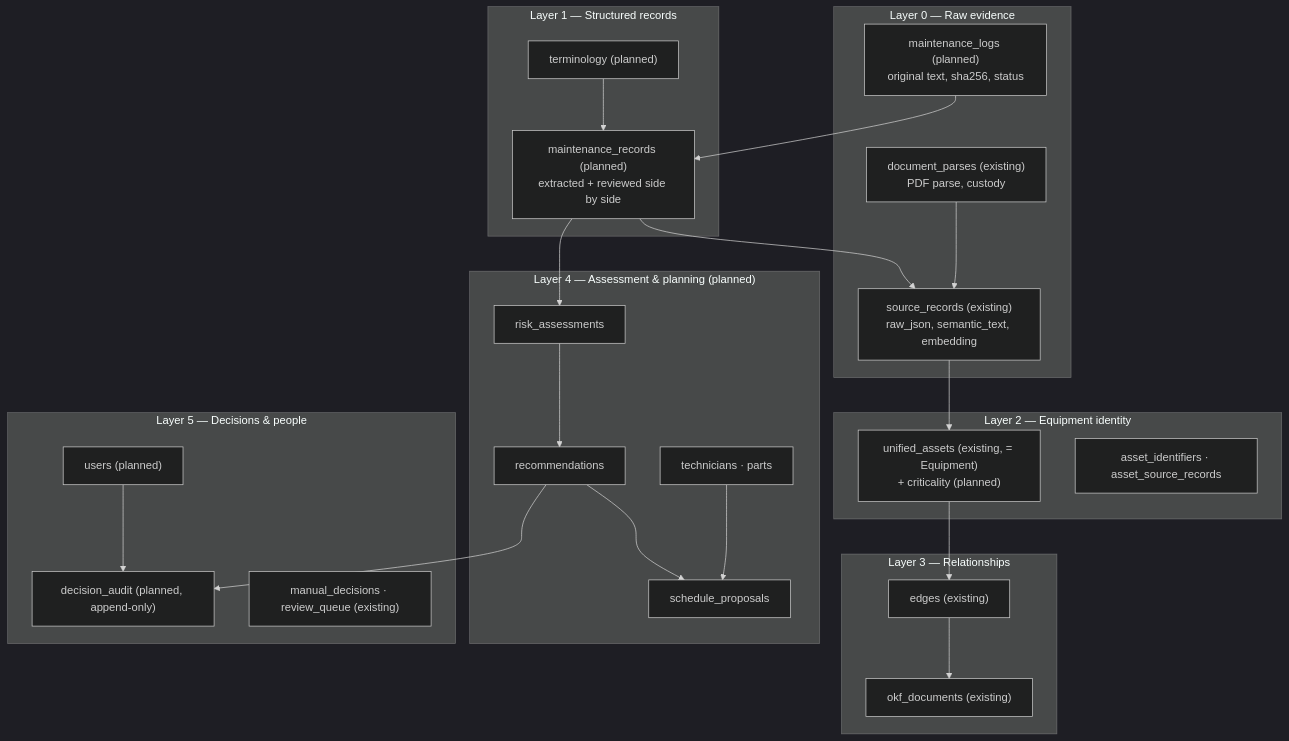
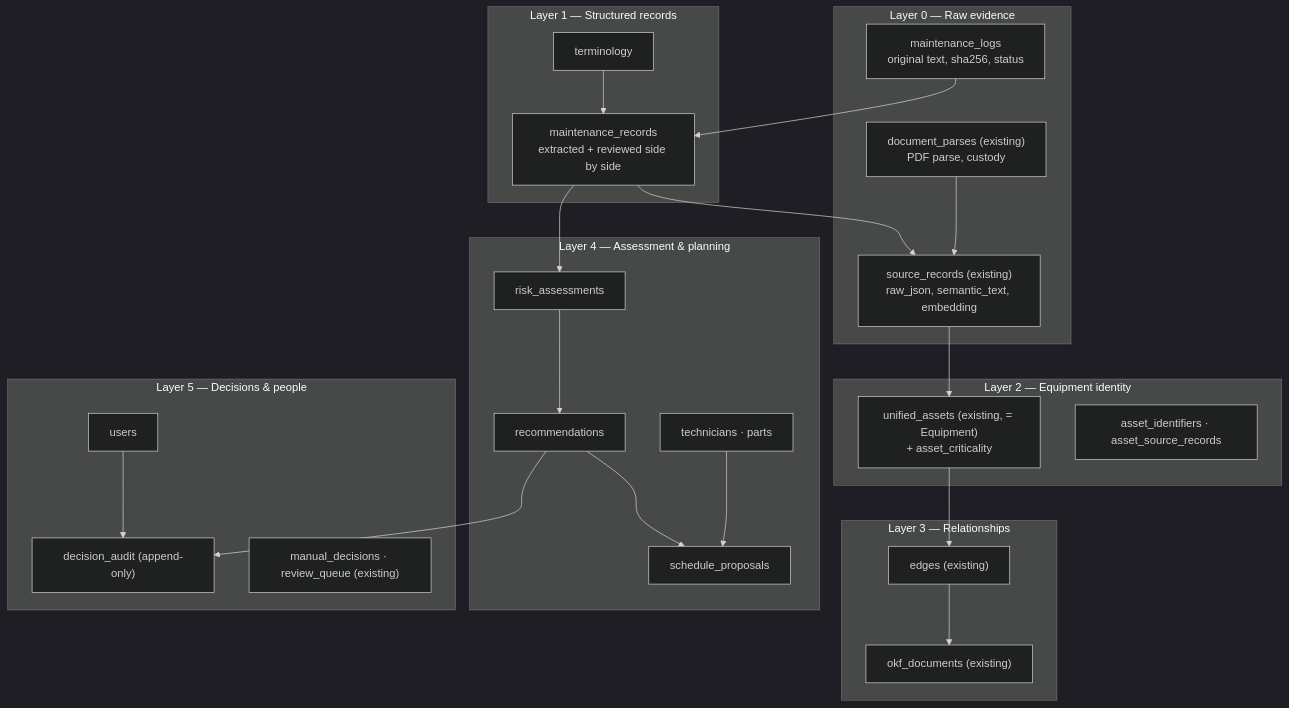
The first of 3 diagrams in docs/memory.md (Kush-Saharan/atlogs), drawn with Mermaid (dark theme) before and after one commit. The commit also changed other lines of this file and 6 other files, not shown here.

Commit message:
test: end-to-end spec §6 P-104 flow; docs and README match the code (M.14)

````diff
--- a/docs/memory.md
+++ b/docs/memory.md
@@ -13,41 +13,41 @@
 ```mermaid
 flowchart TB
     subgraph L0 ["Layer 0 — Raw evidence"]
-        ML["maintenance_logs (planned)<br/>original text, sha256, status"]
+        ML["maintenance_logs<br/>original text, sha256, status"]
         SR["source_records (existing)<br/>raw_json, semantic_text, embedding"]
         DP["document_parses (existing)<br/>PDF parse, custody"]
     end
     subgraph L1 ["Layer 1 — Structured records"]
-        MR["maintenance_records (planned)<br/>extracted + reviewed side by side"]
-        T["terminology (planned)"]
+        MR["maintenance_records<br/>extracted + reviewed side by side"]
+        T["terminology"]
     end
     subgraph L2 ["Layer 2 — Equipment identity"]
-        UA["unified_assets (existing, = Equipment)<br/>+ criticality (planned)"]
+        UA["unified_assets (existing, = Equipment)<br/>+ asset_criticality"]
         AI["asset_identifiers · asset_source_records"]
     end
     subgraph L3 ["Layer 3 — Relationships"]
         E["edges (existing)"]
         OKF["okf_documents (existing)"]
     end
-    subgraph L4 ["Layer 4 — Assessment & planning (planned)"]
+    subgraph L4 ["Layer 4 — Assessment & planning"]
         RA["risk_assessments"]
         RC["recommendations"]
         RES["technicians · parts"]
         SP["schedule_proposals"]
     end
     subgraph L5 ["Layer 5 — Decisions & people"]
-        U["users (planned)"]
-        DA["decision_audit (planned, append-only)"]
+        U["users"]
+        DA["decision_audit (append-only)"]
         MD["manual_decisions · review_queue (existing)"]
     end
 
     ML --> MR
     T --> MR
     MR --> SR
     DP --> SR
     SR --> UA --> E --> OKF
     MR --> RA --> RC --> SP
     RES --> SP
     RC --> DA
     U --> DA
 ```
````
